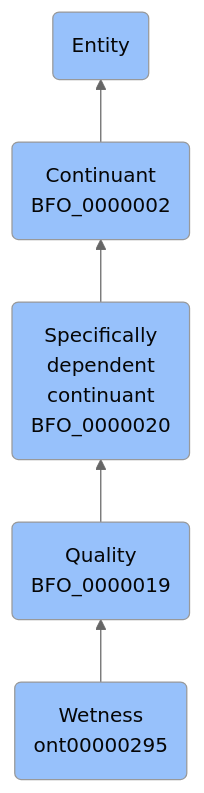
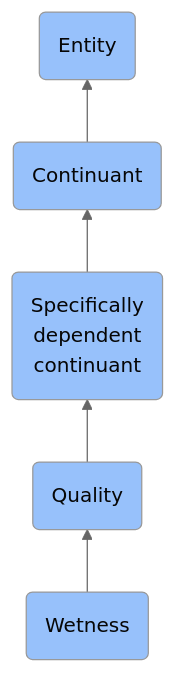
One commit to jupyter-naas/abi changed the diagram in docs/ontology/reference/model/Entity/Continuant/Specifically dependent continuant/Quality/Wetness/Wetness.md. Above: the diagram before and after it, drawn with Mermaid (neutral theme). The commit also changed other lines of this file and 1430 other files, not shown here.

````diff
--- a/docs/ontology/reference/model/Entity/Continuant/Specifically dependent continuant/Quality/Wetness/Wetness.md
+++ b/docs/ontology/reference/model/Entity/Continuant/Specifically dependent continuant/Quality/Wetness/Wetness.md
@@ -24,12 +24,12 @@
 ```mermaid
 graph BT
-    ont00000295(Wetness<br>ont00000295):::BFO-->BFO_0000019
-    BFO_0000019(Quality<br>BFO_0000019):::BFO-->BFO_0000020
-    BFO_0000020(Specifically<br>dependent<br>continuant<br>BFO_0000020):::BFO-->BFO_0000002
-    BFO_0000002(Continuant<br>BFO_0000002):::BFO-->BFO_0000001
+    ont00000295(Wetness):::BFO-->BFO_0000019
+    BFO_0000019(Quality):::BFO-->BFO_0000020
+    BFO_0000020(Specifically<br>dependent<br>continuant):::BFO-->BFO_0000002
+    BFO_0000002(Continuant):::BFO-->BFO_0000001
     BFO_0000001(Entity):::BFO
     
     classDef BFO fill:#97c1fb,color:#060606
     classDef CCO fill:#e4c51e,color:#060606
     classDef ABI fill:#48DD82,color:#060606
 ```
````
